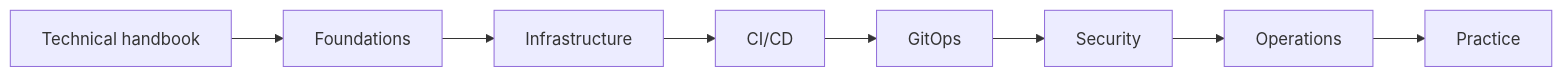
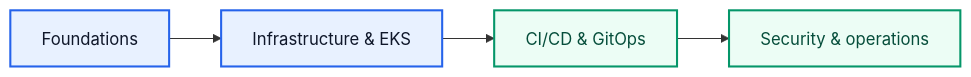
One commit to platform-engineering-labz/platform-engineering changed the diagram in book/diagram.mmd. Above: the diagram before and after it, drawn with Mermaid. The commit also changed 3 other files, not shown here.

Commit message:
docs: refresh encyclopedia and foundation diagram sources

```diff
--- a/book/diagram.mmd
+++ b/book/diagram.mmd
@@ -1,16 +1,12 @@
 flowchart LR
-  ROOT["Technical handbook"]
   N0["Foundations"]
-  ROOT --> N0
-  N1["Infrastructure"]
+  N1["Infrastructure & EKS"]
   N0 --> N1
-  N2["CI/CD"]
+  N2["CI/CD & GitOps"]
   N1 --> N2
-  N3["GitOps"]
+  N3["Security & operations"]
   N2 --> N3
-  N4["Security"]
-  N3 --> N4
-  N5["Operations"]
-  N4 --> N5
-  N6["Practice"]
-  N5 --> N6
+  classDef core fill:#E8F1FF,stroke:#2563EB,stroke-width:2px,color:#0F172A
+  classDef stage fill:#ECFDF5,stroke:#059669,stroke-width:2px,color:#064E3B
+  class N0,N1 core
+  class N2,N3 stage
```
